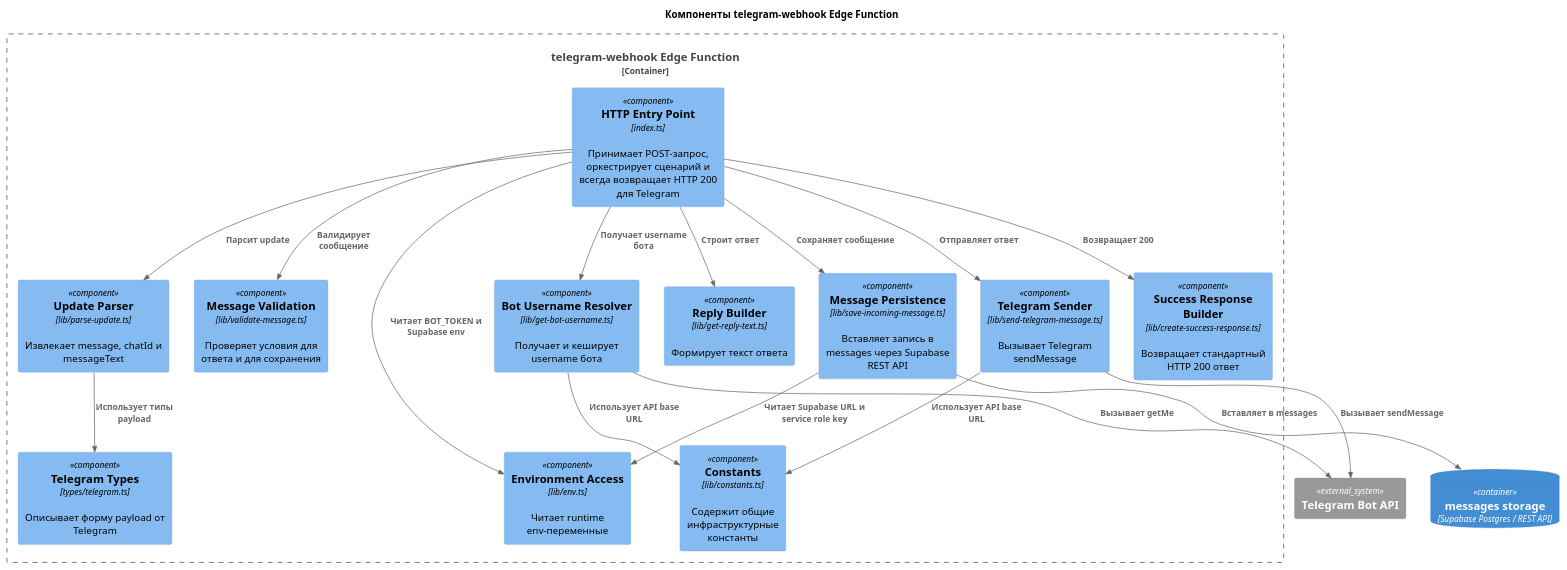
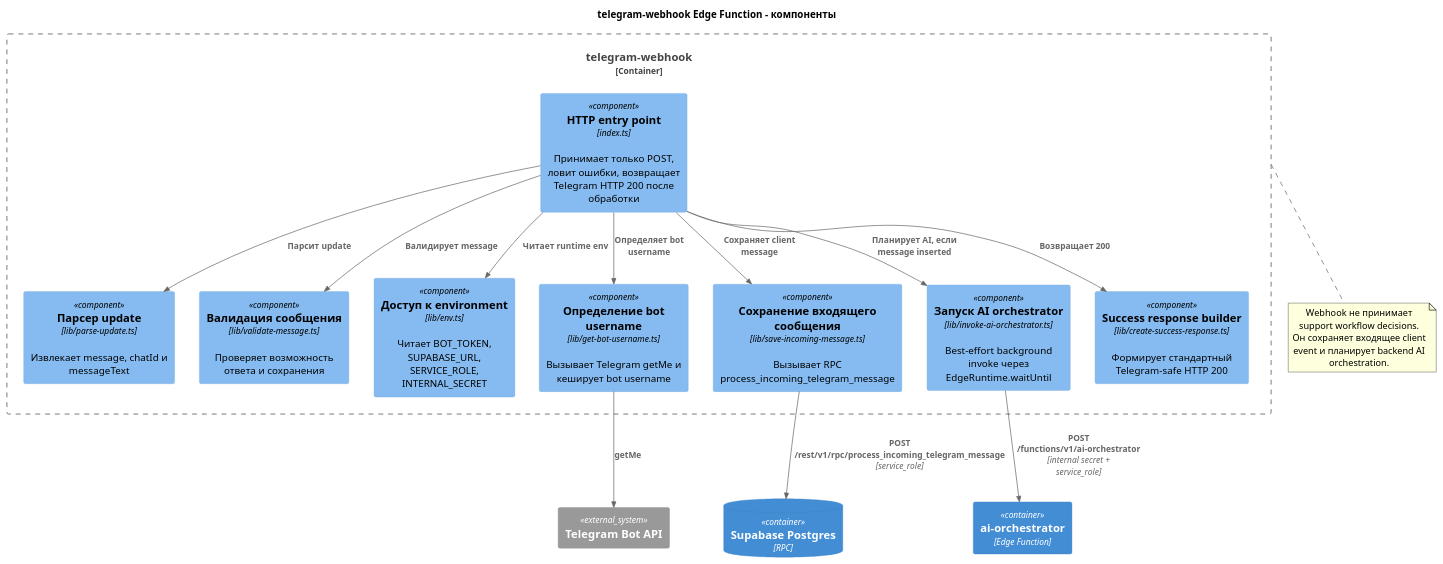
Before and after one commit to AbdulkaevGadel/vibeCodeFS: the diagram in docs/c4/component-webhook-service.puml, drawn with PlantUML. The commit also changed 20 other files, not shown here.

Commit message:
docs(architecture): update ERD and C4 diagrams

```diff
--- a/docs/c4/component-webhook-service.puml
+++ b/docs/c4/component-webhook-service.puml
@@ -1,39 +1,37 @@
 @startuml
 !include https://raw.githubusercontent.com/plantuml-stdlib/C4-PlantUML/master/C4_Component.puml
 
-title Компоненты telegram-webhook Edge Function
+title telegram-webhook Edge Function - компоненты
 
-Container_Boundary(edgeFn, "telegram-webhook Edge Function") {
-  Component(entry, "HTTP Entry Point", "index.ts", "Принимает POST-запрос, оркестрирует сценарий и всегда возвращает HTTP 200 для Telegram")
-  Component(types, "Telegram Types", "types/telegram.ts", "Описывает форму payload от Telegram")
-  Component(parser, "Update Parser", "lib/parse-update.ts", "Извлекает message, chatId и messageText")
-  Component(validation, "Message Validation", "lib/validate-message.ts", "Проверяет условия для ответа и для сохранения")
-  Component(env, "Environment Access", "lib/env.ts", "Читает runtime env-переменные")
-  Component(constants, "Constants", "lib/constants.ts", "Содержит общие инфраструктурные константы")
-  Component(botResolver, "Bot Username Resolver", "lib/get-bot-username.ts", "Получает и кеширует username бота")
-  Component(replyBuilder, "Reply Builder", "lib/get-reply-text.ts", "Формирует текст ответа")
-  Component(persistence, "Message Persistence", "lib/save-incoming-message.ts", "Вставляет запись в messages через Supabase REST API")
-  Component(sender, "Telegram Sender", "lib/send-telegram-message.ts", "Вызывает Telegram sendMessage")
-  Component(success, "Success Response Builder", "lib/create-success-response.ts", "Возвращает стандартный HTTP 200 ответ")
+Container_Boundary(webhook, "telegram-webhook") {
+  Component(entry, "HTTP entry point", "index.ts", "Принимает только POST, ловит ошибки, возвращает Telegram HTTP 200 после обработки")
+  Component(parser, "Парсер update", "lib/parse-update.ts", "Извлекает message, chatId и messageText")
+  Component(validation, "Валидация сообщения", "lib/validate-message.ts", "Проверяет возможность ответа и сохранения")
+  Component(env, "Доступ к environment", "lib/env.ts", "Читает BOT_TOKEN, SUPABASE_URL, SERVICE_ROLE, INTERNAL_SECRET")
+  Component(botResolver, "Определение bot username", "lib/get-bot-username.ts", "Вызывает Telegram getMe и кеширует bot username")
+  Component(persistence, "Сохранение входящего сообщения", "lib/save-incoming-message.ts", "Вызывает RPC process_incoming_telegram_message")
+  Component(orchestratorInvoke, "Запуск AI orchestrator", "lib/invoke-ai-orchestrator.ts", "Best-effort background invoke через EdgeRuntime.waitUntil")
+  Component(success, "Success response builder", "lib/create-success-response.ts", "Формирует стандартный Telegram-safe HTTP 200")
 }
 
-ContainerDb(db, "messages storage", "Supabase Postgres / REST API")
+ContainerDb(db, "Supabase Postgres", "RPC")
+Container(ai, "ai-orchestrator", "Edge Function")
 System_Ext(telegramApi, "Telegram Bot API")
 
-Rel(entry, env, "Читает BOT_TOKEN и Supabase env")
+Rel(entry, env, "Читает runtime env")
 Rel(entry, parser, "Парсит update")
-Rel(entry, validation, "Валидирует сообщение")
-Rel(entry, botResolver, "Получает username бота")
-Rel(entry, replyBuilder, "Строит ответ")
-Rel(entry, persistence, "Сохраняет сообщение")
-Rel(entry, sender, "Отправляет ответ")
+Rel(entry, validation, "Валидирует message")
+Rel(entry, botResolver, "Определяет bot username")
+Rel(entry, persistence, "Сохраняет client message")
+Rel(entry, orchestratorInvoke, "Планирует AI, если message inserted")
 Rel(entry, success, "Возвращает 200")
-Rel(parser, types, "Использует типы payload")
-Rel(botResolver, constants, "Использует API base URL")
-Rel(sender, constants, "Использует API base URL")
-Rel(botResolver, telegramApi, "Вызывает getMe")
-Rel(sender, telegramApi, "Вызывает sendMessage")
-Rel(persistence, env, "Читает Supabase URL и service role key")
-Rel(persistence, db, "Вставляет в messages")
+Rel(botResolver, telegramApi, "getMe")
+Rel(persistence, db, "POST /rest/v1/rpc/process_incoming_telegram_message", "service_role")
+Rel(orchestratorInvoke, ai, "POST /functions/v1/ai-orchestrator", "internal secret + service_role")
+
+note bottom of webhook
+  Webhook не принимает support workflow decisions.
+  Он сохраняет входящее client event и планирует backend AI orchestration.
+end note
 
 @enduml
```
